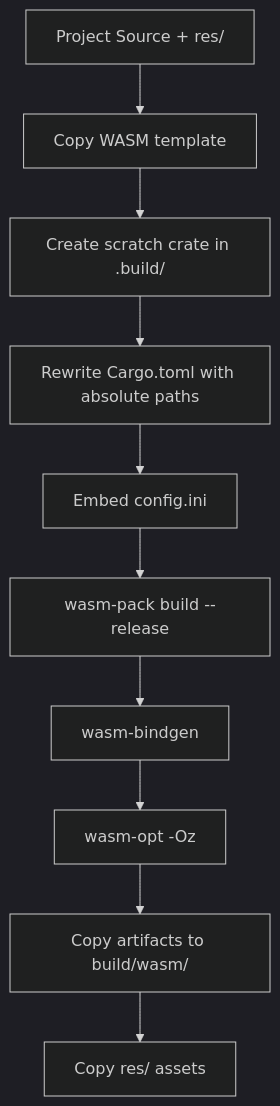
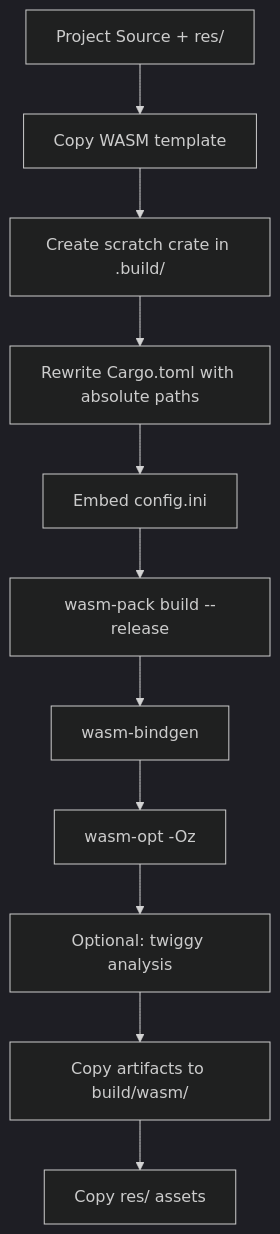
Before and after one commit to MattSzymonski/Pill-Engine-Website: the fourth of 5 diagrams in guide/pages/advanced/pill-launcher.md, drawn with Mermaid (dark theme). The commit also changed other lines of this file and 2 other files, not shown here.

````diff
--- a/guide/pages/advanced/pill-launcher.md
+++ b/guide/pages/advanced/pill-launcher.md
@@ -260,12 +261,13 @@
 ```mermaid
 flowchart TD
     SRC[Project Source + res/] --> TEMPLATE[Copy WASM template]
     TEMPLATE --> SCRATCH[Create scratch crate in .build/]
     SCRATCH --> MANIFEST[Rewrite Cargo.toml with absolute paths]
     MANIFEST --> CONFIG[Embed config.ini]
     CONFIG --> WASM_PACK[wasm-pack build --release]
     WASM_PACK --> WASM_BINDGEN[wasm-bindgen]
     WASM_BINDGEN --> WASM_OPT[wasm-opt -Oz]
-    WASM_OPT --> FLATTEN[Copy artifacts to build/wasm/]
+    WASM_OPT --> ANALYZE[Optional: twiggy analysis]
+    ANALYZE --> FLATTEN[Copy artifacts to build/wasm/]
     FLATTEN --> ASSETS[Copy res/ assets]
 ```
````
